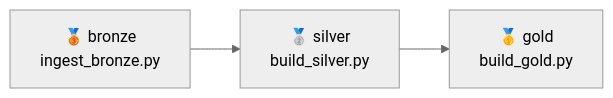
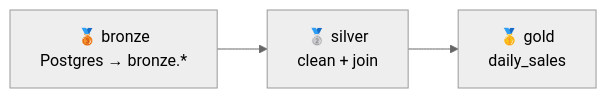
The first of 2 diagrams in training/docs/unit5/medallion-dag.md (maarthala/databrick-local-simulator), drawn with Mermaid (neutral theme) before and after one commit. The commit also changed other lines of this file and 3 other files, not shown here.

````diff
--- a/training/docs/unit5/medallion-dag.md
+++ b/training/docs/unit5/medallion-dag.md
@@ -13,4 +13,4 @@
 ```mermaid
 flowchart LR
-  B["🥉 bronze<br/>ingest_bronze.py"] --> S["🥈 silver<br/>build_silver.py"] --> G["🥇 gold<br/>build_gold.py"]
+  B["🥉 bronze<br/>Postgres → bronze.*"] --> S["🥈 silver<br/>clean + join"] --> G["🥇 gold<br/>daily_sales"]
 ```
````
